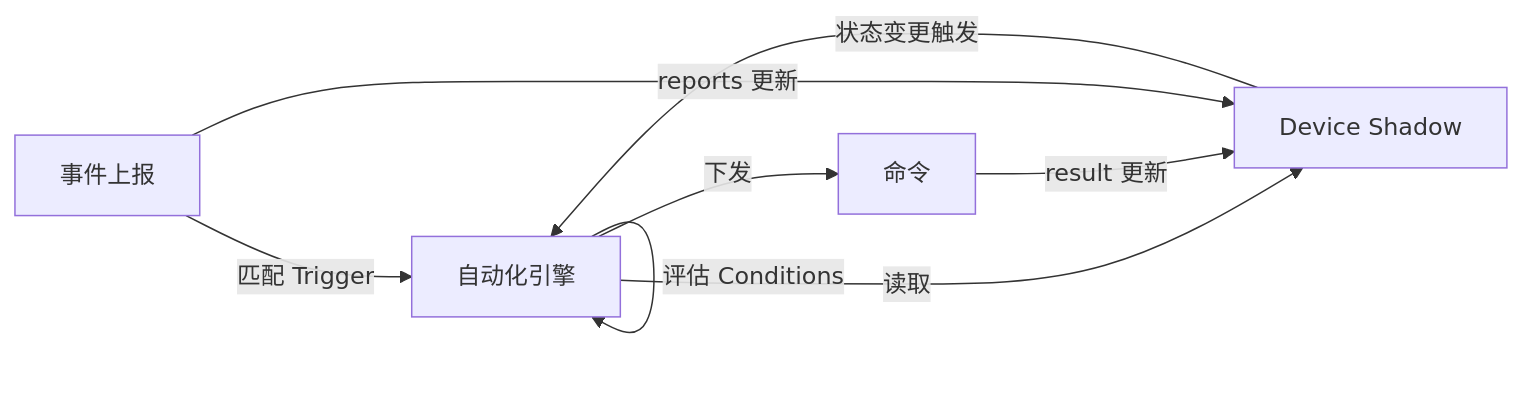
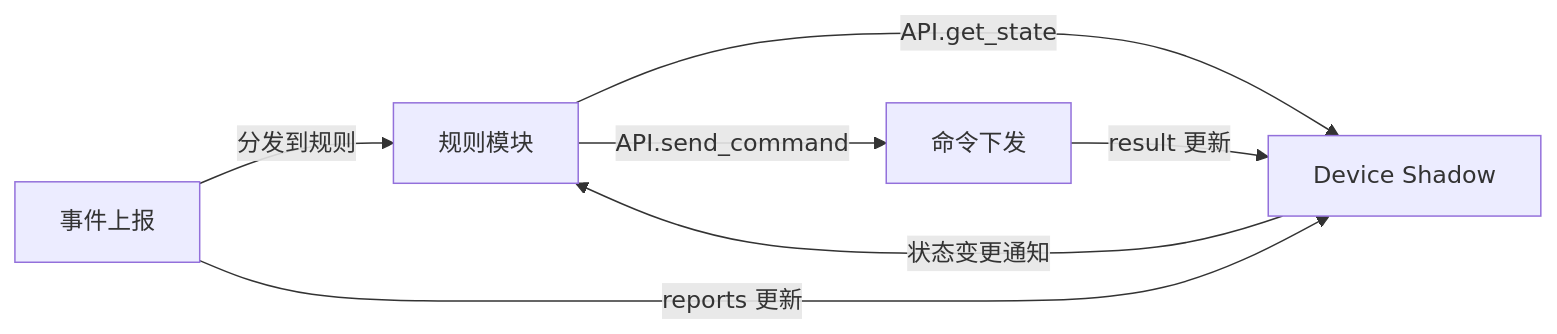
The diagram in docs/protocol/ai-integration.md (yeahbai08/ohai), drawn with Mermaid before and after one commit. The commit also changed other lines of this file and 2 other files, not shown here.

````diff
--- a/docs/protocol/ai-integration.md
+++ b/docs/protocol/ai-integration.md
@@ -189,10 +362,9 @@
 ```mermaid
 flowchart LR
-    E[事件上报] -->|匹配 Trigger| AE[自动化引擎]
-    AE -->|读取| S[Device Shadow]
-    AE -->|评估 Conditions| AE
-    AE -->|下发| C[命令]
+    E[事件上报] -->|分发到规则| R[规则模块]
+    R -->|API.get_state| S[Device Shadow]
+    R -->|API.send_command| C[命令下发]
     C -->|result 更新| S
     E -->|reports 更新| S
-    S -->|状态变更触发| AE
+    S -->|状态变更通知| R
 ```
````
